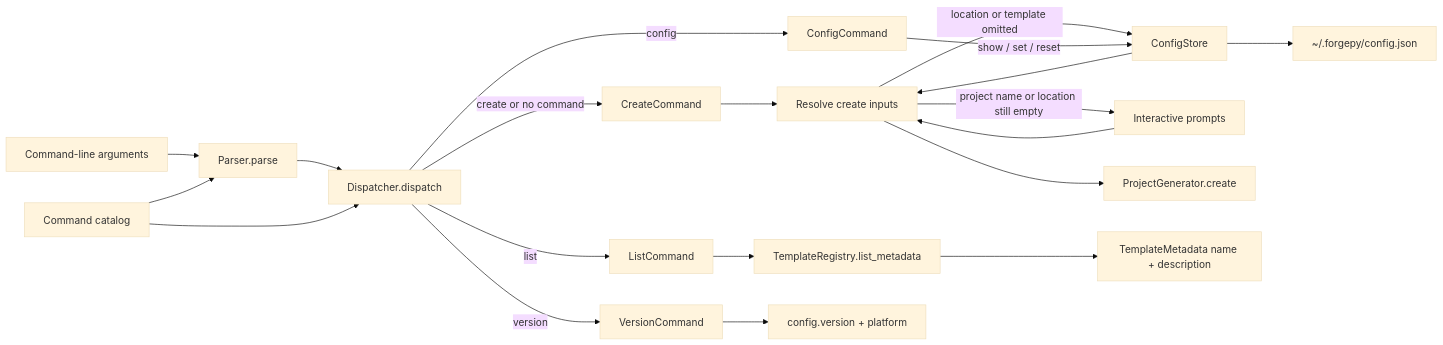
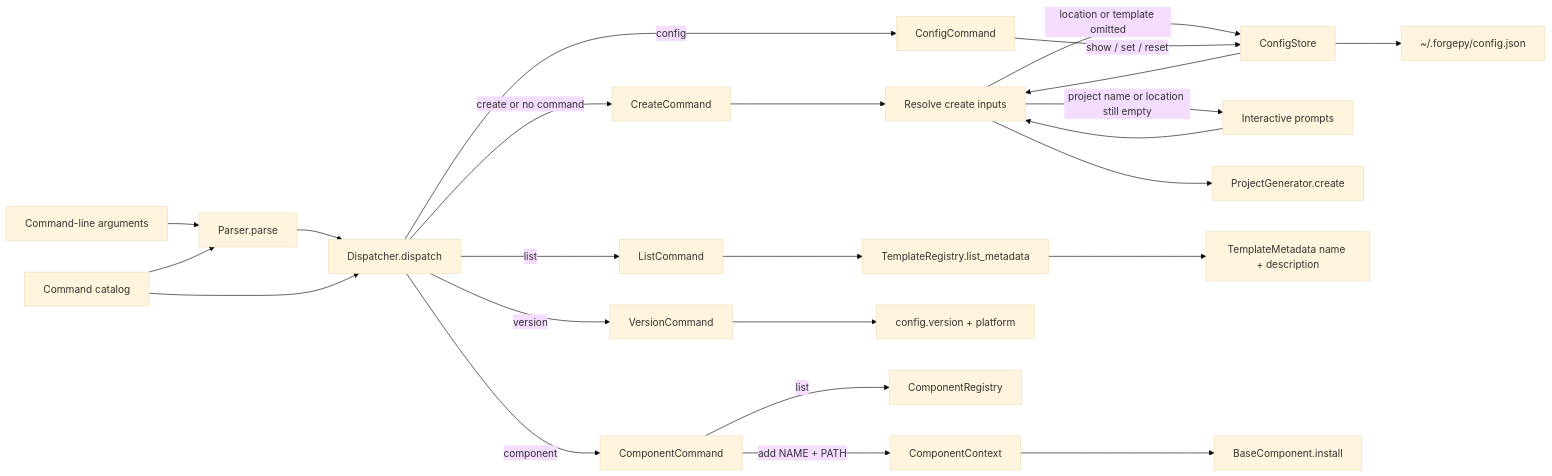
One commit to rendyzou89/ForgePy changed the third of 4 diagrams in ARCHITECTURE.md. Above: the diagram before and after it, drawn with Mermaid (base theme). The commit also changed other lines of this file and 6 other files, not shown here.

````diff
--- a/ARCHITECTURE.md
+++ b/ARCHITECTURE.md
@@ -300,22 +305,26 @@
 ```mermaid
 flowchart LR
     Args[Command-line arguments] --> Parse[Parser.parse]
     Catalog[Command catalog] --> Parse
     Parse --> Dispatch[Dispatcher.dispatch]
     Catalog --> Dispatch
     Dispatch -->|create or no command| Create[CreateCommand]
     Dispatch -->|list| List[ListCommand]
     Dispatch -->|version| Version[VersionCommand]
     Dispatch -->|config| Config[ConfigCommand]
+    Dispatch -->|component| Component[ComponentCommand]
     Create --> Resolve[Resolve create inputs]
     Resolve -->|location or template omitted| Store[ConfigStore]
     Store --> Resolve
     Resolve -->|project name or location still empty| Prompt[Interactive prompts]
     Prompt --> Resolve
     Resolve --> Generator[ProjectGenerator.create]
     List --> Registry[TemplateRegistry.list_metadata]
     Registry --> TemplateInfo[TemplateMetadata name + description]
     Version --> Metadata[config.version + platform]
     Config -->|show / set / reset| Store[ConfigStore]
     Store --> UserFile[~/.forgepy/config.json]
+    Component -->|list| ComponentRegistry[ComponentRegistry]
+    Component -->|add NAME + PATH| ComponentContext[ComponentContext]
+    ComponentContext --> Install[BaseComponent.install]
 ```
````
